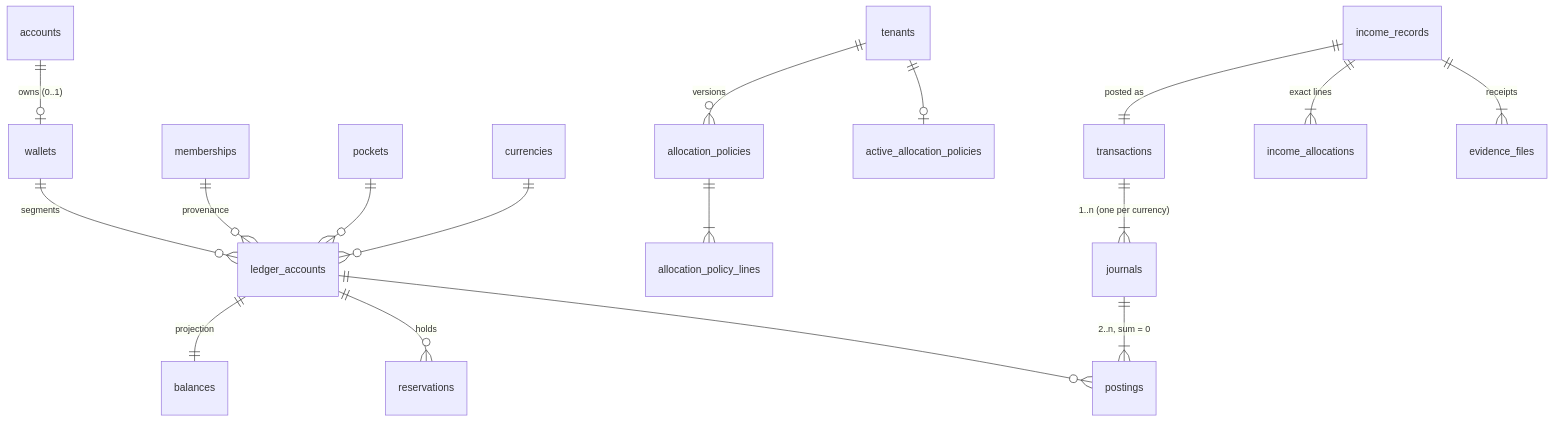
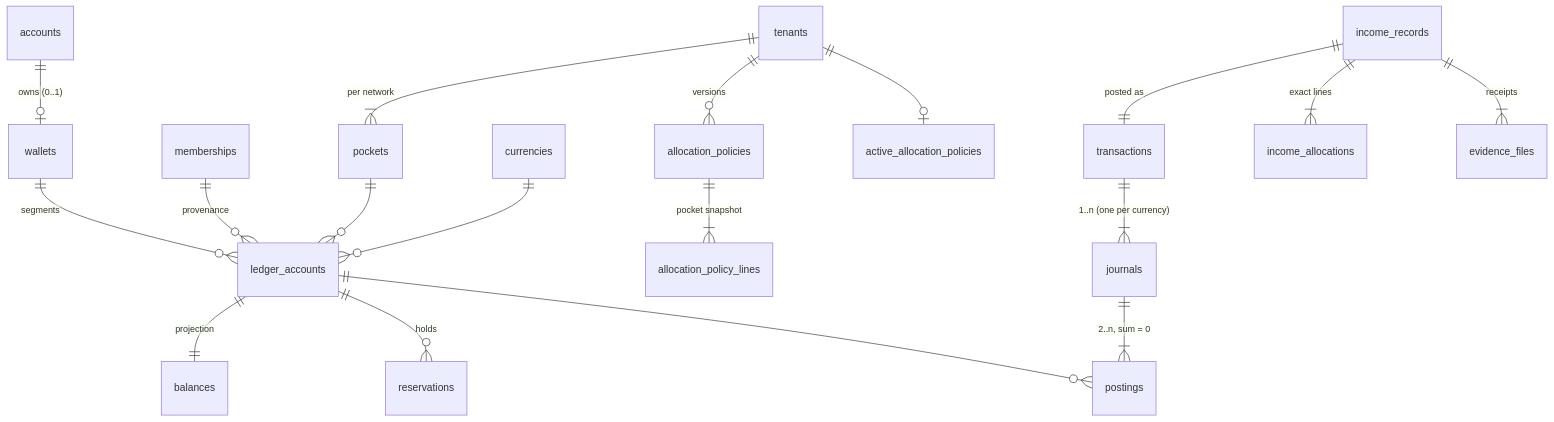
Before and after one commit to elivatepro/elivate-wallet: the diagram in docs/blueprints/04-wallets-ledger-and-income.md, drawn with Mermaid. The commit also changed other lines of this file, not shown here.

````diff
--- a/docs/blueprints/04-wallets-ledger-and-income.md
+++ b/docs/blueprints/04-wallets-ledger-and-income.md
@@ -57,19 +60,20 @@
 ```mermaid
 erDiagram
   accounts ||--o| wallets : "owns (0..1)"
   wallets ||--o{ ledger_accounts : "segments"
   memberships ||--o{ ledger_accounts : "provenance"
+  tenants ||--|{ pockets : "per network"
   pockets ||--o{ ledger_accounts : ""
   currencies ||--o{ ledger_accounts : ""
   ledger_accounts ||--|| balances : "projection"
   ledger_accounts ||--o{ reservations : "holds"
   transactions ||--|{ journals : "1..n (one per currency)"
   journals ||--|{ postings : "2..n, sum = 0"
   ledger_accounts ||--o{ postings : ""
   tenants ||--o{ allocation_policies : "versions"
-  allocation_policies ||--|{ allocation_policy_lines : ""
+  allocation_policies ||--|{ allocation_policy_lines : "pocket snapshot"
   tenants ||--o| active_allocation_policies : ""
   income_records ||--|| transactions : "posted as"
   income_records ||--|{ income_allocations : "exact lines"
   income_records ||--|{ evidence_files : "receipts"
 ```
````
